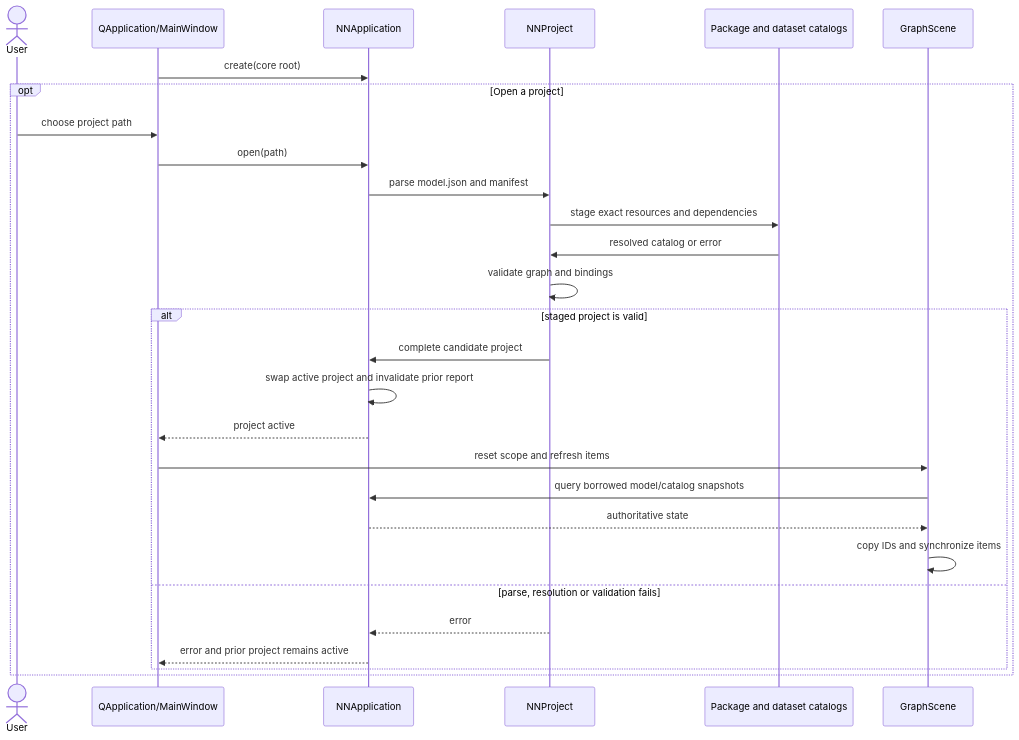
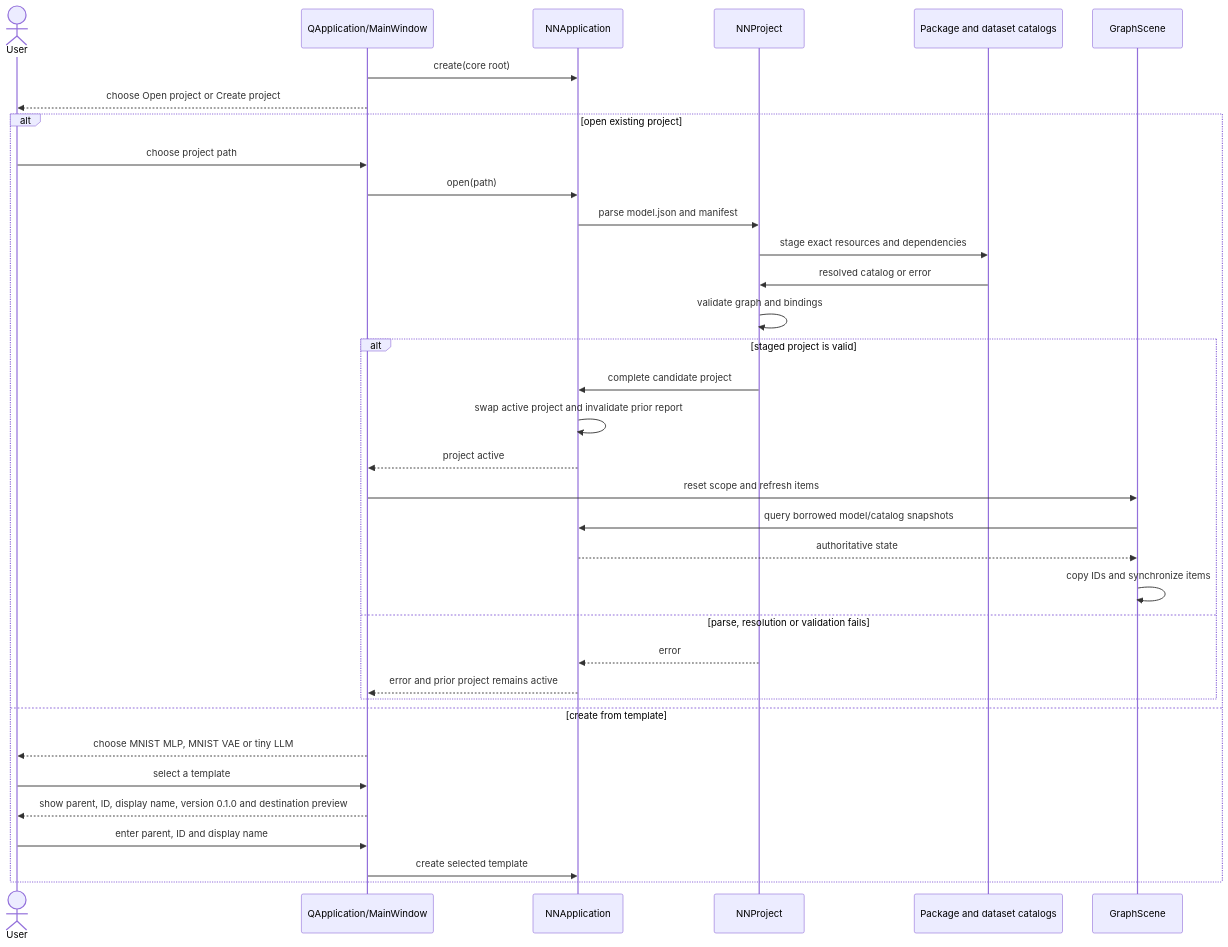
The second of 9 diagrams in docs/knowledge/uml/sequences/project-editor.md (LucaSforza/nnmodelling-ui), drawn with Mermaid before and after one commit. The commit also changed other lines of this file and 19 other files, not shown here.

````diff
--- a/docs/knowledge/uml/sequences/project-editor.md
+++ b/docs/knowledge/uml/sequences/project-editor.md
@@ -41,30 +41,37 @@
 ```mermaid
   sequenceDiagram
     actor User
     participant Qt as QApplication/MainWindow
     participant App as NNApplication
     participant Project as NNProject
     participant Catalog as Package and dataset catalogs
     participant Scene as GraphScene
     Qt->>App: create(core root)
-    opt Open a project
+    Qt-->>User: choose Open project or Create project
+    alt open existing project
       User->>Qt: choose project path
       Qt->>App: open(path)
       App->>Project: parse model.json and manifest
       Project->>Catalog: stage exact resources and dependencies
       Catalog->>Project: resolved catalog or error
       Project->>Project: validate graph and bindings
       alt staged project is valid
         Project->>App: complete candidate project
         App->>App: swap active project and invalidate prior report
         App-->>Qt: project active
         Qt->>Scene: reset scope and refresh items
         Scene->>App: query borrowed model/catalog snapshots
         App-->>Scene: authoritative state
         Scene->>Scene: copy IDs and synchronize items
       else parse, resolution or validation fails
         Project-->>App: error
         App-->>Qt: error and prior project remains active
       end
+    else create from template
+      Qt-->>User: choose MNIST MLP, MNIST VAE or tiny LLM
+      User->>Qt: select a template
+      Qt-->>User: show parent, ID, display name, version 0.1.0 and destination preview
+      User->>Qt: enter parent, ID and display name
+      Qt->>App: create selected template
     end
 ```
````
